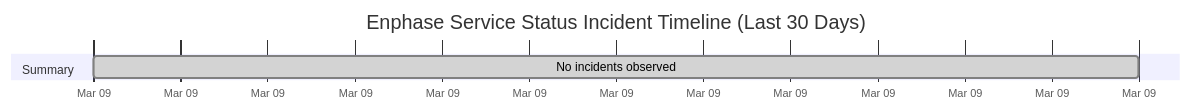
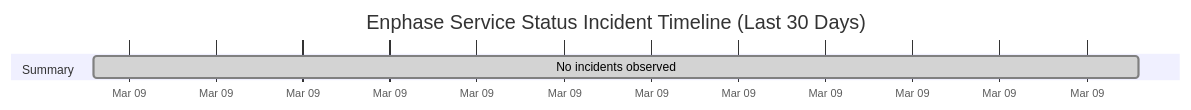
Before and after one commit to barneyonline/ha-enphase-ev-charger: the diagram in wiki/Service-Status-History.md, drawn with Mermaid. The commit also changed other lines of this file and 3 other files, not shown here.

````diff
--- a/wiki/Service-Status-History.md
+++ b/wiki/Service-Status-History.md
@@ -14,8 +14,8 @@
 ```mermaid
 gantt
     title Enphase Service Status Incident Timeline (Last 30 Days)
     dateFormat  YYYY-MM-DDTHH:mm:ss
     axisFormat  %b %d
     section Summary
-    No incidents observed :done, 2026-03-09T04:08:00, 1m
+    No incidents observed :done, 2026-03-09T05:51:23, 1m
 ```
````
